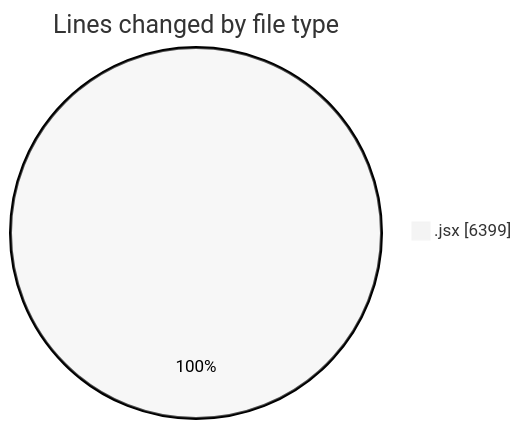
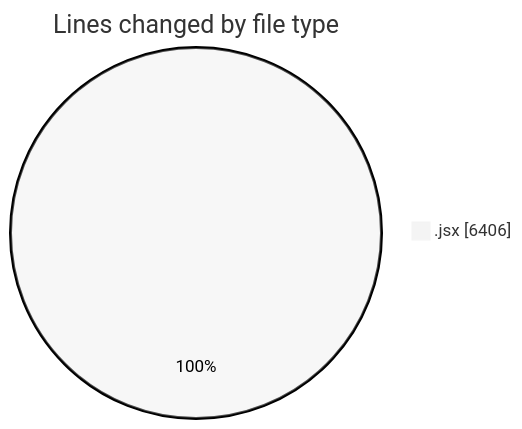
One commit to nxtqubesakshisongat/code-tracking changed the first of 2 diagrams in 2025-09-09/nxtqube_webapp/README.md. Above: the diagram before and after it, drawn with Mermaid (neutral theme). The commit also changed other lines of this file and 1 other file, not shown here.

````diff
--- a/2025-09-09/nxtqube_webapp/README.md
+++ b/2025-09-09/nxtqube_webapp/README.md
@@ -22,5 +22,5 @@
 ```mermaid
 pie showData
 title Lines changed by file type
-".jsx" : 6399
+".jsx" : 6406
 ```
````
